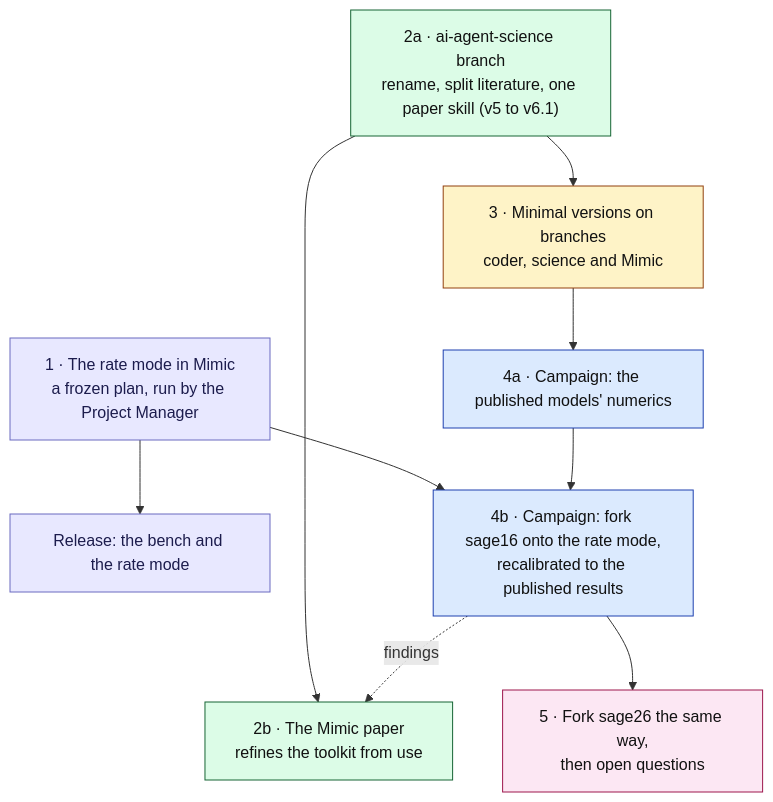
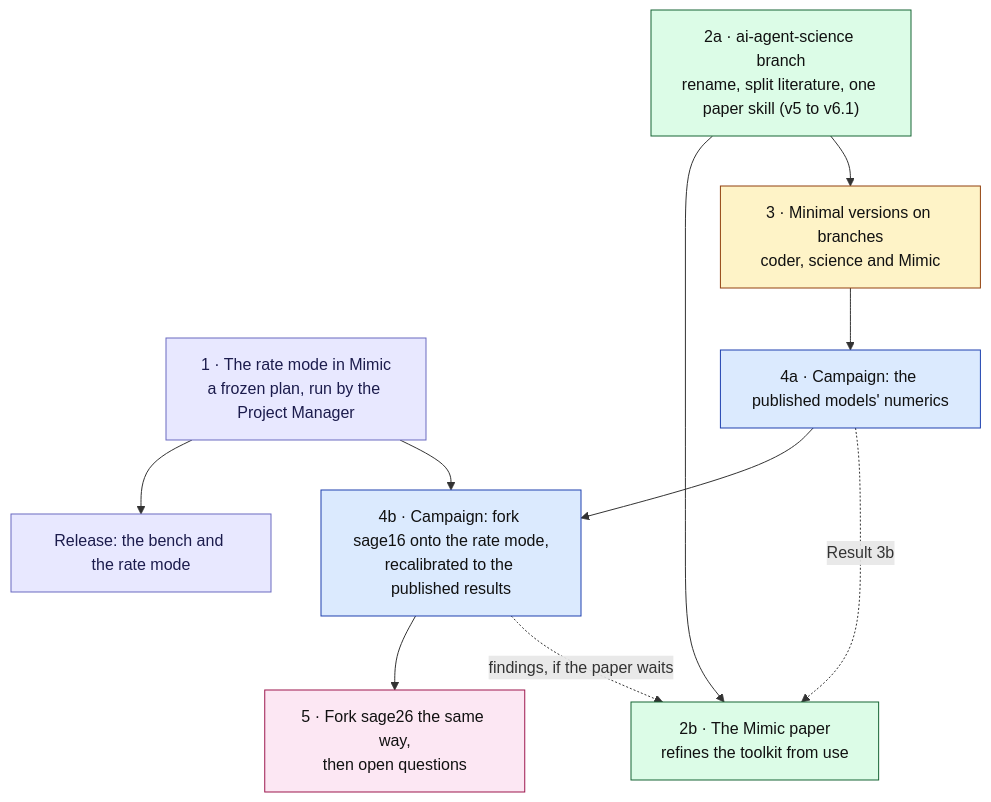
Before and after one commit to darrencroton/mimic: the second of 2 diagrams in docs/dev/AGENTIC-SCIENCE-ARCHITECTURE.md, drawn with Mermaid. The commit also changed other lines of this file and 7 other files, not shown here.

````diff
--- a/docs/dev/AGENTIC-SCIENCE-ARCHITECTURE.md
+++ b/docs/dev/AGENTIC-SCIENCE-ARCHITECTURE.md
@@ -272,24 +272,25 @@
 ```mermaid
 flowchart TD
     S1["1 · The rate mode in Mimic<br/>a frozen plan, run by the Project Manager"]:::mimic
     S1r["Release: the bench and the rate mode"]:::mimic
     S2a["2a · ai-agent-science branch<br/>rename, split literature, one paper skill (v5 to v6.1)"]:::sci
     S2b["2b · The Mimic paper<br/>refines the toolkit from use"]:::sci
     S3["3 · Minimal versions on branches<br/>coder, science and Mimic"]:::build
     S4a["4a · Campaign: the published models' numerics"]:::exp
     S4b["4b · Campaign: fork sage16 onto the rate mode,<br/>recalibrated to the published results"]:::exp
     S5["5 · Fork sage26 the same way,<br/>then open questions"]:::real
 
     S1 --> S1r
     S1 --> S4b
     S2a --> S2b
     S2a --> S3
     S3 --> S4a --> S4b --> S5
-    S4b -.->|findings| S2b
+    S4a -.->|Result 3b| S2b
+    S4b -.->|findings, if the paper waits| S2b
 
     classDef mimic fill:#e8e8ff,stroke:#6a6ac0,color:#1c1c4d
     classDef sci fill:#dcfce7,stroke:#166534,color:#111111
     classDef build fill:#fef3c7,stroke:#92400e,color:#111111
     classDef exp fill:#dbeafe,stroke:#1e40af,color:#111111
     classDef real fill:#fce7f3,stroke:#9d174d,color:#111111
 ```
````
